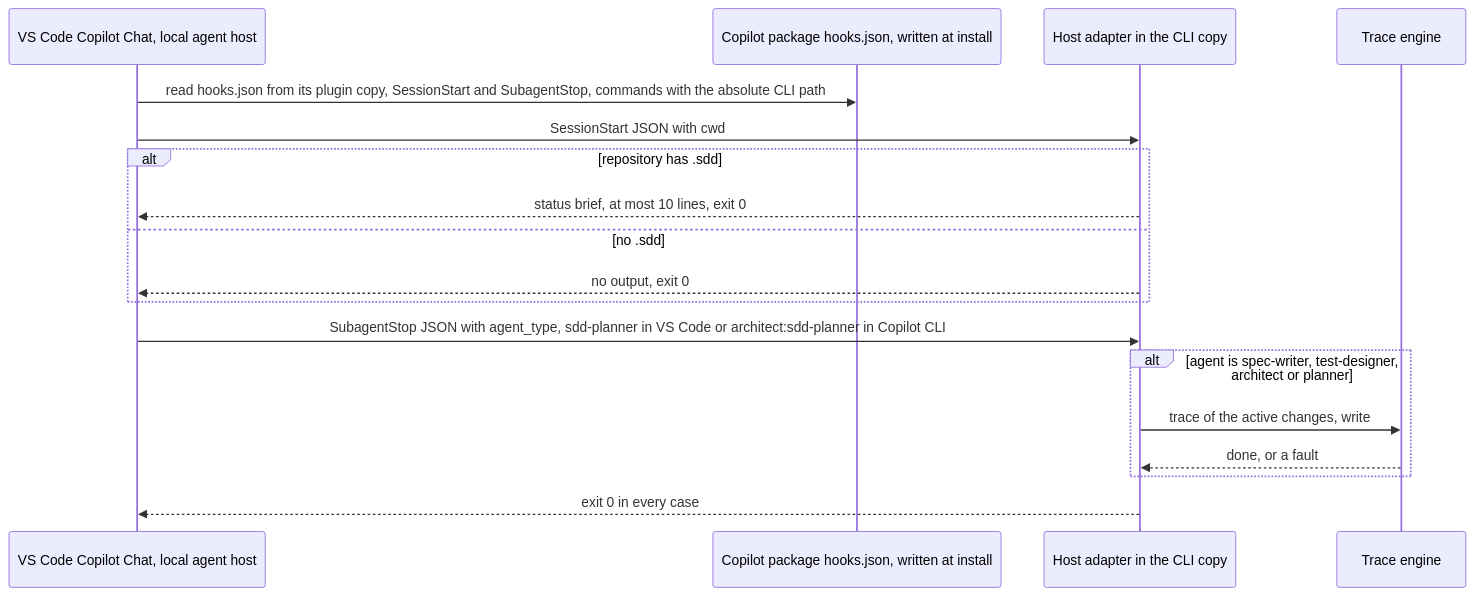
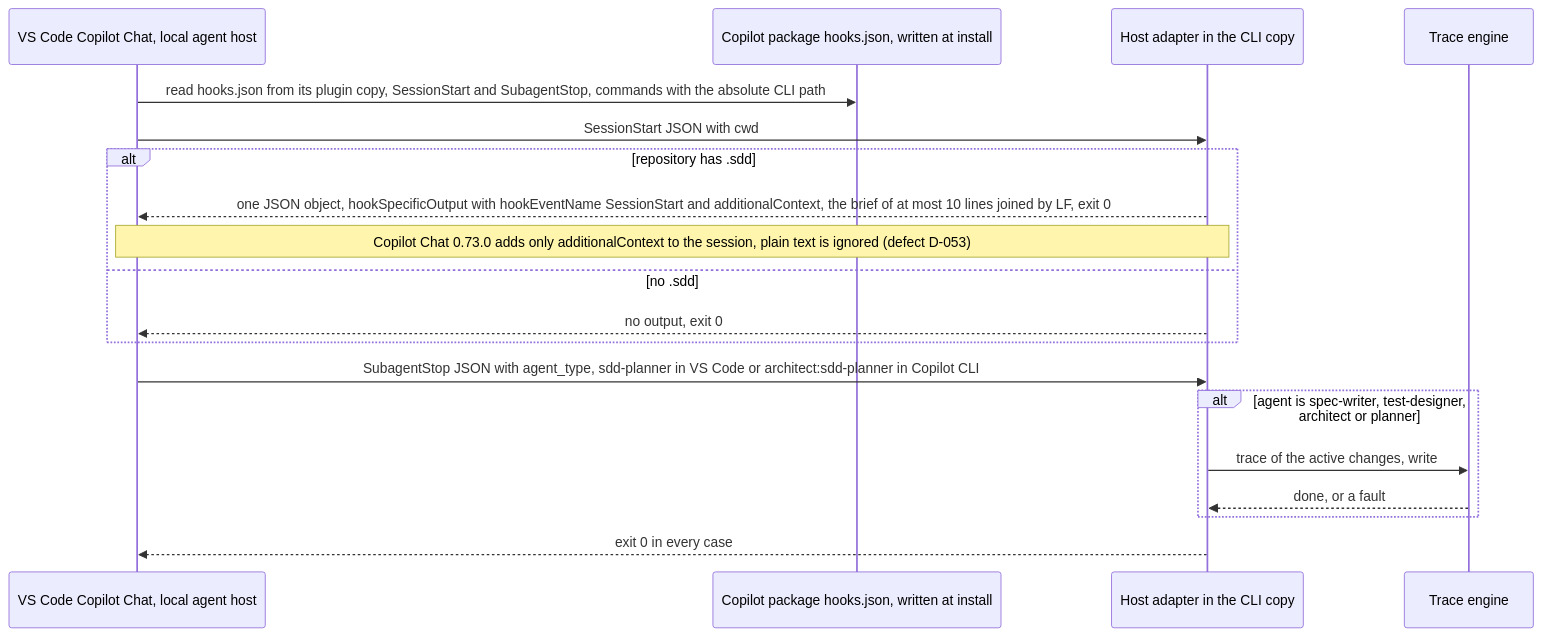
One commit to jlacube/spec-architect changed the seventh of 15 diagrams in .sdd/002-multi-platform-targets/10-spec/60-architecture/architecture.md. Above: the diagram before and after it, drawn with Mermaid. The commit also changed other lines of this file and 55 other files, not shown here.

````diff
--- a/.sdd/002-multi-platform-targets/10-spec/60-architecture/architecture.md
+++ b/.sdd/002-multi-platform-targets/10-spec/60-architecture/architecture.md
@@ -792,21 +830,22 @@
 ```mermaid
 sequenceDiagram
   %% F6 Copilot session hooks. Realizes C002-TS-320 C002-TS-322 C002-TS-323 C002-TS-324 C002-TS-325
   participant VSC as VS Code Copilot Chat, local agent host
   participant C002_COMP_004 as Copilot package hooks.json, written at install
   participant C002_COMP_012 as Host adapter in the CLI copy
   participant C001_COMP_04 as Trace engine
   VSC->>C002_COMP_004: read hooks.json from its plugin copy, SessionStart and SubagentStop, commands with the absolute CLI path
   VSC->>C002_COMP_012: SessionStart JSON with cwd
   alt repository has .sdd
-    C002_COMP_012-->>VSC: status brief, at most 10 lines, exit 0
+    C002_COMP_012-->>VSC: one JSON object, hookSpecificOutput with hookEventName SessionStart and additionalContext, the brief of at most 10 lines joined by LF, exit 0
+    Note over VSC,C002_COMP_012: Copilot Chat 0.73.0 adds only additionalContext to the session, plain text is ignored (defect D-053)
   else no .sdd
     C002_COMP_012-->>VSC: no output, exit 0
   end
   VSC->>C002_COMP_012: SubagentStop JSON with agent_type, sdd-planner in VS Code or architect:sdd-planner in Copilot CLI
   alt agent is spec-writer, test-designer, architect or planner
     C002_COMP_012->>C001_COMP_04: trace of the active changes, write
     C001_COMP_04-->>C002_COMP_012: done, or a fault
   end
   C002_COMP_012-->>VSC: exit 0 in every case
 ```
````
